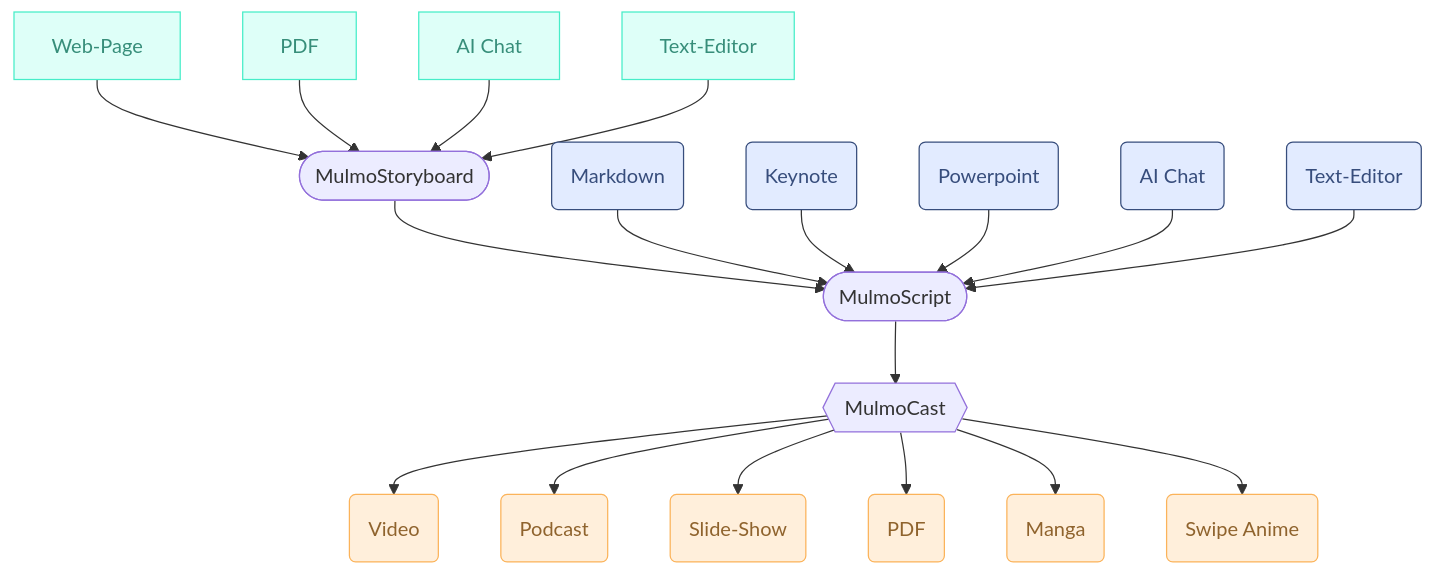
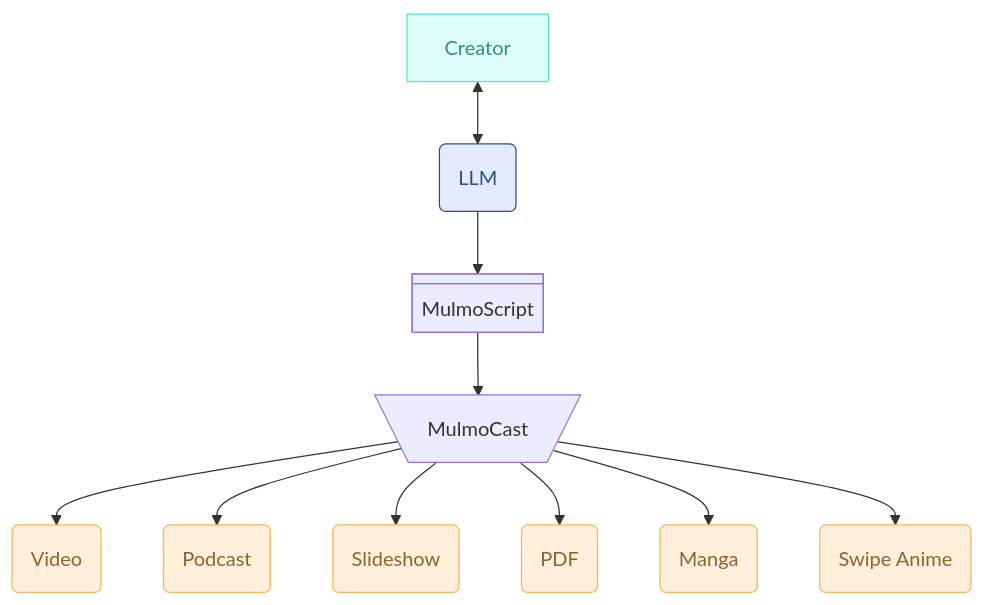
The diagram in README.md (ystknsh/mulmocast-cli-yn), drawn with Mermaid before and after one commit.

Commit message:
mermaid chart

````diff
--- a/README.md
+++ b/README.md
@@ -11,35 +11,21 @@
 ```mermaid
 flowchart TD
-    S_WebPage["Web-Page"] --> MulmoStoryboard(["MulmoStoryboard"])
-    S_PDF["PDF"] --> MulmoStoryboard
-    S_AIChat["AI Chat"] --> MulmoStoryboard
-    S_TextEditor["Text-Editor"] --> MulmoStoryboard
-    MulmoStoryboard --> MulmoScript(["MulmoScript"])
-    S_Markdown("Markdown") --> MulmoScript
-    S_Keynote("Keynote") --> MulmoScript
-    S_Powerpoint("Powerpoint") --> MulmoScript
-    S_AIChat2("AI Chat") --> MulmoScript
-    S_TextEditor2("Text-Editor") --> MulmoScript
+    S_TextEditor["Creator"] <--> S_AIChat2("LLM")
+    S_AIChat2 --> MulmoScript["MulmoScript"]
     MulmoScript --> MulmoCast["MulmoCast"]
-    MulmoCast --> O_Video("Video") & O_Podcast("Podcast") & O_Slideshow("Slide-Show") & O_PDF("PDF") & O_Manga("Manga") & O_SwipeAnime("Swipe Anime")
+    MulmoCast --> O_Video("Video") & O_Podcast("Podcast") & O_Slideshow("Slideshow") & O_PDF("PDF") & O_Manga("Manga") & O_SwipeAnime("Swipe Anime")
 
-    MulmoCast@{ shape: hex}
-     S_WebPage:::StoryInput
-     S_PDF:::StoryInput
-     S_AIChat:::StoryInput
+    MulmoScript@{ shape: div-proc}
+    MulmoCast@{ shape: trap-t}
      S_TextEditor:::StoryInput
-     S_Markdown:::ScriptInput
-     S_Keynote:::ScriptInput
-     S_Powerpoint:::ScriptInput
      S_AIChat2:::ScriptInput
-     S_TextEditor2:::ScriptInput
      O_Video:::ScriptOutput
      O_Podcast:::ScriptOutput
      O_Slideshow:::ScriptOutput
      O_PDF:::ScriptOutput
      O_Manga:::ScriptOutput
      O_SwipeAnime:::ScriptOutput
     classDef StoryInput stroke-width:1px, stroke-dasharray:none, stroke:#46EDC8, fill:#DEFFF8, color:#378E7A
     classDef ScriptInput stroke-width:1px, stroke-dasharray:none, stroke:#374D7C, fill:#E2EBFF, color:#374D7C
     classDef ScriptOutput stroke-width:1px, stroke-dasharray:none, stroke:#FBB35A, fill:#FFEFDB, color:#8F632D
 ```
````
